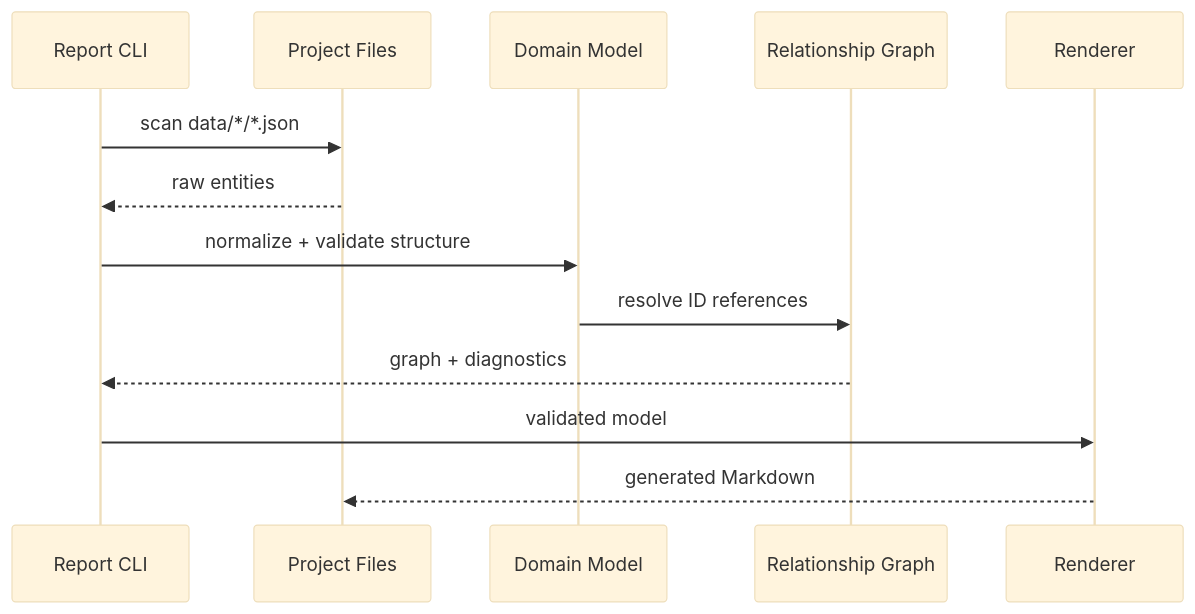
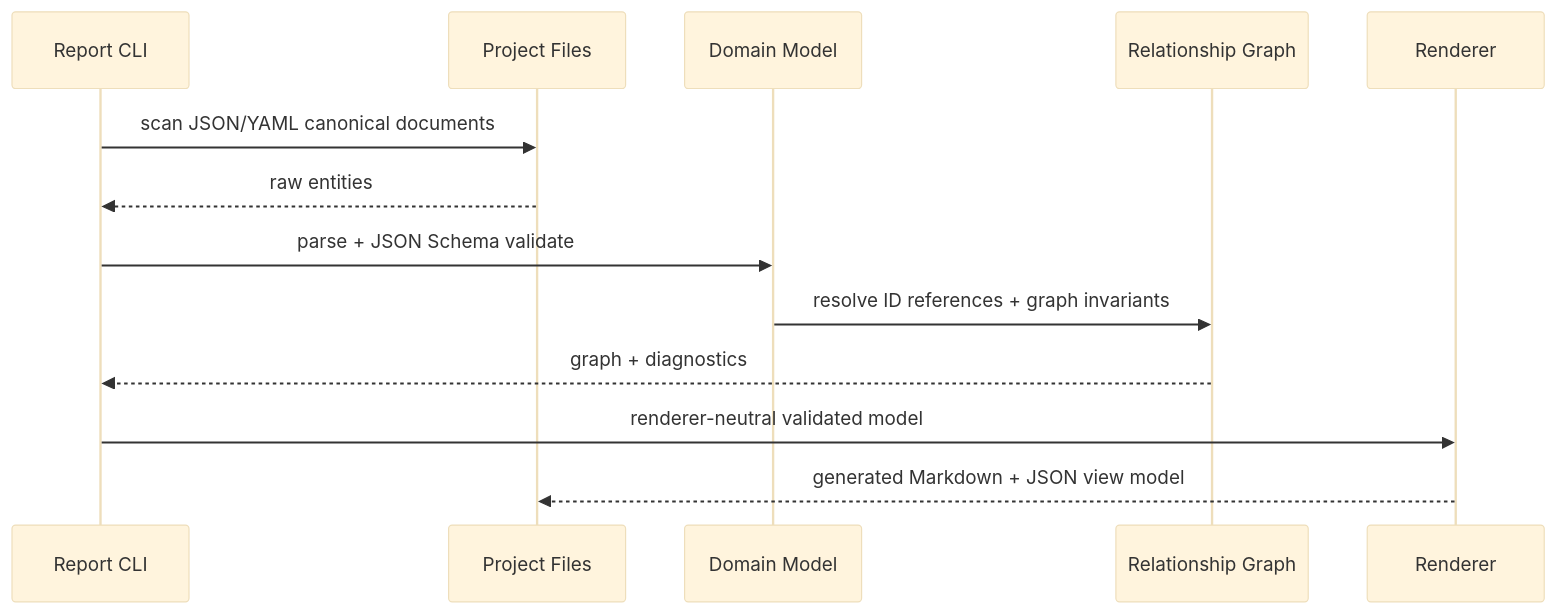
One commit to Tunglam0605/Engineering-Report-Stack changed the third of 4 diagrams in ARCHITECTURE.md. Above: the diagram before and after it, drawn with Mermaid (base theme). The commit also changed other lines of this file and 45 other files, not shown here.

````diff
--- a/ARCHITECTURE.md
+++ b/ARCHITECTURE.md
@@ -100,16 +100,16 @@
 ```mermaid
 sequenceDiagram
   participant CLI as Report CLI
   participant FS as Project Files
   participant DM as Domain Model
   participant G as Relationship Graph
   participant R as Renderer
 
-  CLI->>FS: scan data/*/*.json
+  CLI->>FS: scan JSON/YAML canonical documents
   FS-->>CLI: raw entities
-  CLI->>DM: normalize + validate structure
-  DM->>G: resolve ID references
+  CLI->>DM: parse + JSON Schema validate
+  DM->>G: resolve ID references + graph invariants
   G-->>CLI: graph + diagnostics
-  CLI->>R: validated model
-  R-->>FS: generated Markdown
+  CLI->>R: renderer-neutral validated model
+  R-->>FS: generated Markdown + JSON view model
 ```
````
